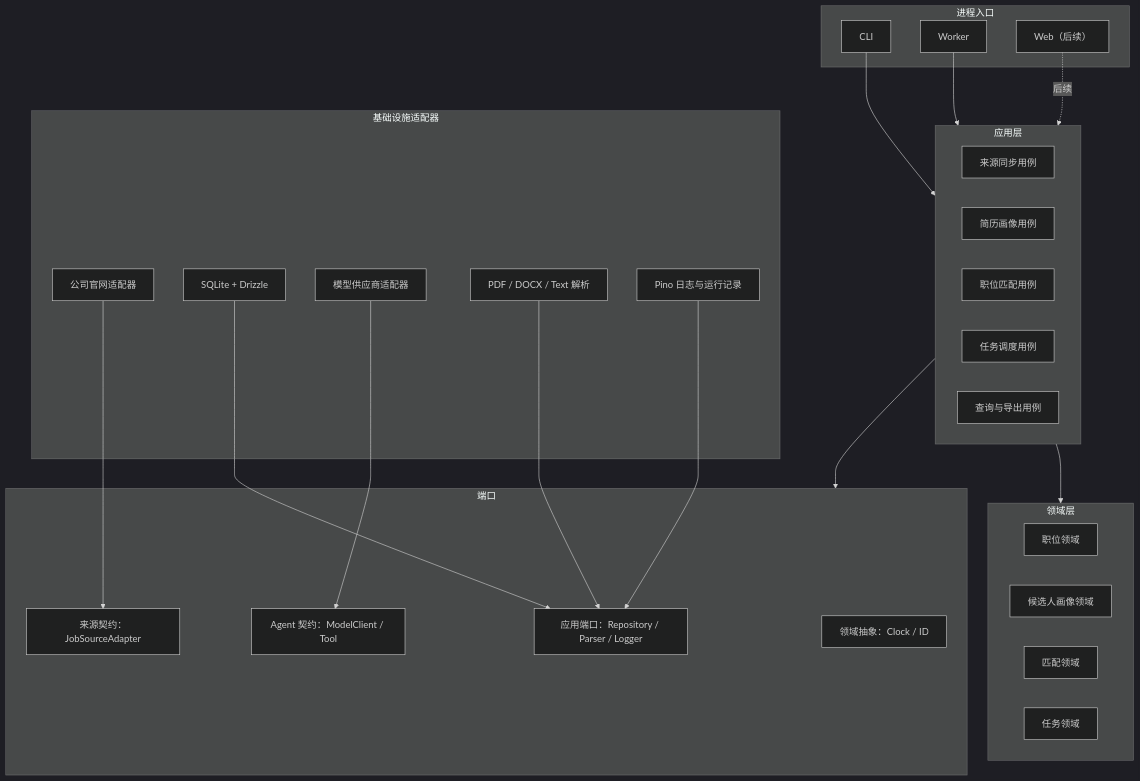
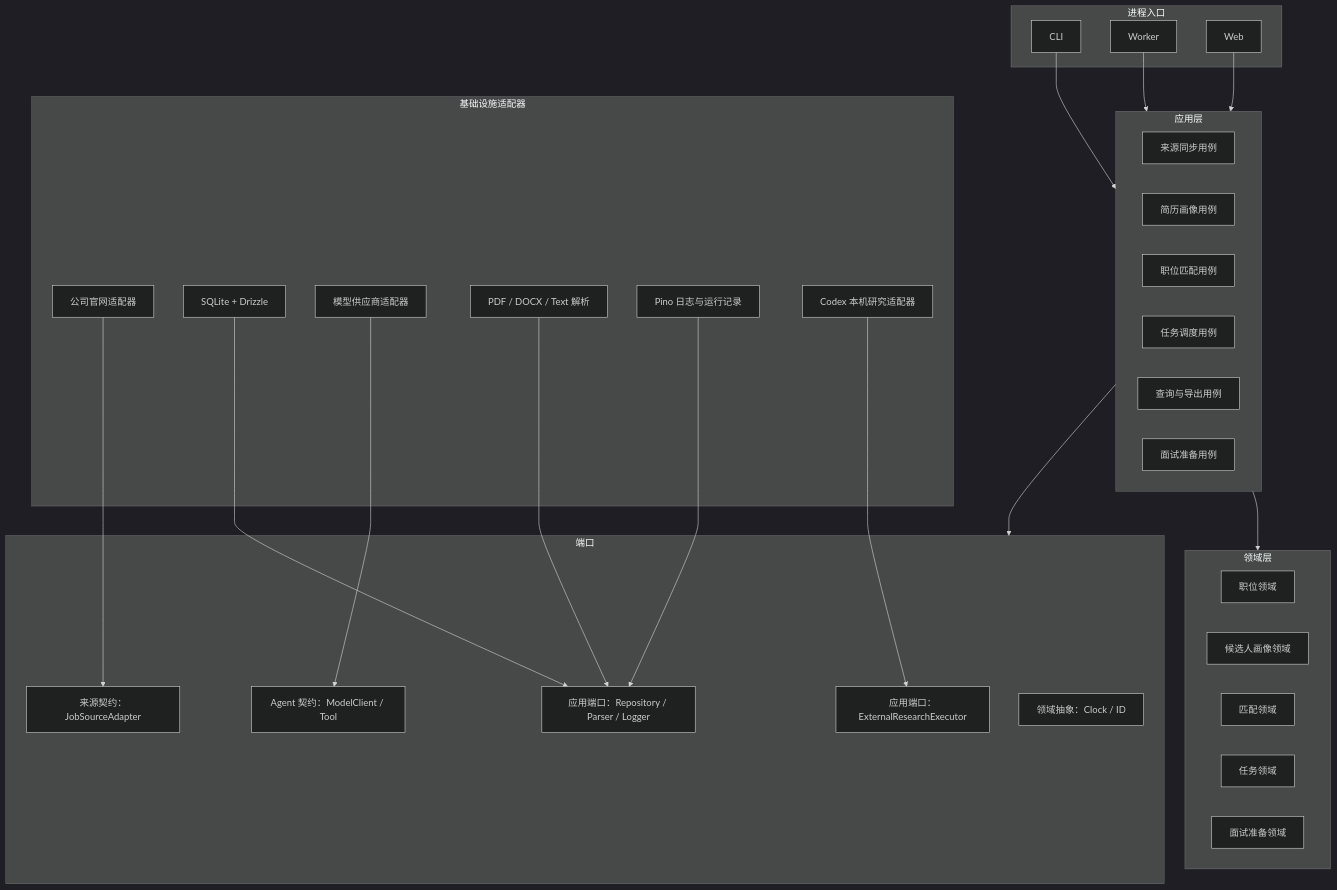
Before and after one commit to MonarchMan/JobHunter: the second of 7 diagrams in docs/arch/overall-arch.md, drawn with Mermaid (dark theme). The commit also changed other lines of this file and 208 other files, not shown here.

First line of the commit message:
refactor: simplify database schema and remove redundant job storage tables

````diff
--- a/docs/arch/overall-arch.md
+++ b/docs/arch/overall-arch.md
@@ -144,49 +144,54 @@
 ```mermaid
 flowchart TB
     subgraph Entry["进程入口"]
         CLI["CLI"]
         WORKER["Worker"]
-        WEB["Web（后续）"]
+        WEB["Web"]
     end
 
     subgraph App["应用层"]
         SOURCE_APP["来源同步用例"]
         RESUME_APP["简历画像用例"]
         MATCH_APP["职位匹配用例"]
         TASK_APP["任务调度用例"]
         QUERY_APP["查询与导出用例"]
+        INTERVIEW_APP["面试准备用例"]
     end
 
     subgraph Domain["领域层"]
         JOB_DOMAIN["职位领域"]
         PROFILE_DOMAIN["候选人画像领域"]
         MATCH_DOMAIN["匹配领域"]
         TASK_DOMAIN["任务领域"]
+        INTERVIEW_DOMAIN["面试准备领域"]
     end
 
     subgraph Ports["端口"]
         APP_PORT["应用端口：Repository / Parser / Logger"]
         SOURCE_PORT["来源契约：JobSourceAdapter"]
         AGENT_PORT["Agent 契约：ModelClient / Tool"]
+        RESEARCH_PORT["应用端口：ExternalResearchExecutor"]
         DOMAIN_PORT["领域抽象：Clock / ID"]
     end
 
     subgraph Infra["基础设施适配器"]
         SOURCES["公司官网适配器"]
         SQLITE["SQLite + Drizzle"]
         MODELS["模型供应商适配器"]
         PARSERS["PDF / DOCX / Text 解析"]
         LOGGING["Pino 日志与运行记录"]
+        CODEX["Codex 本机研究适配器"]
     end
 
     CLI --> App
     WORKER --> App
-    WEB -. 后续 .-> App
+    WEB --> App
     App --> Domain
     App --> Ports
     SOURCES --> SOURCE_PORT
     SQLITE --> APP_PORT
     MODELS --> AGENT_PORT
     PARSERS --> APP_PORT
     LOGGING --> APP_PORT
+    CODEX --> RESEARCH_PORT
 ```
````
